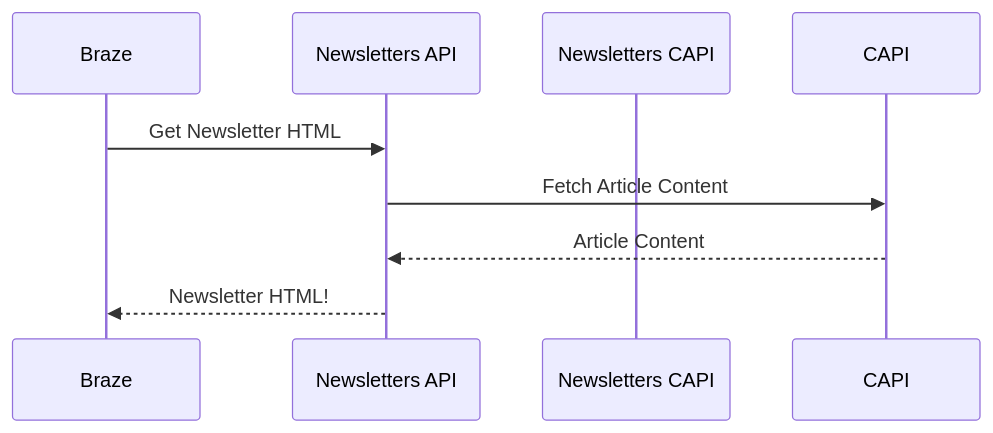
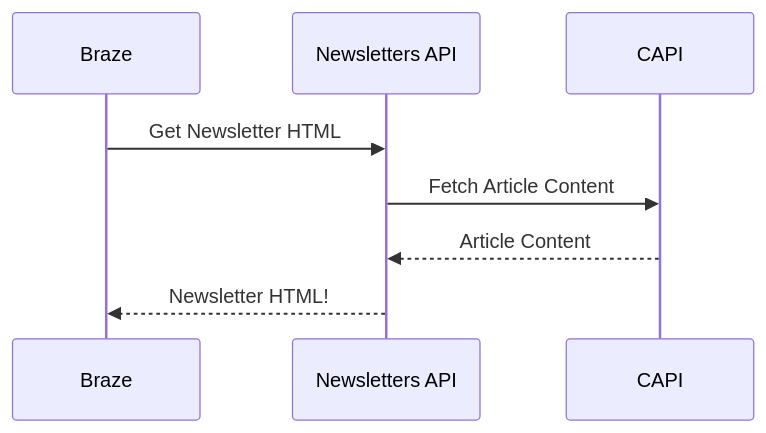
Before and after one commit to phillipbarron/newsletters-data-flow: the diagram in README.md, drawn with Mermaid.

````diff
--- a/README.md
+++ b/README.md
@@ -3,10 +3,10 @@
 ```mermaid
 sequenceDiagram
     participant Braze
     participant Newsletters API
-    participant Newsletters CAPI
+    participant CAPI
     Braze->>Newsletters API: Get Newsletter HTML
     Newsletters API->>CAPI: Fetch Article Content
     CAPI-->>Newsletters API: Article Content
     Newsletters API-->>Braze: Newsletter HTML!
 ```
````
